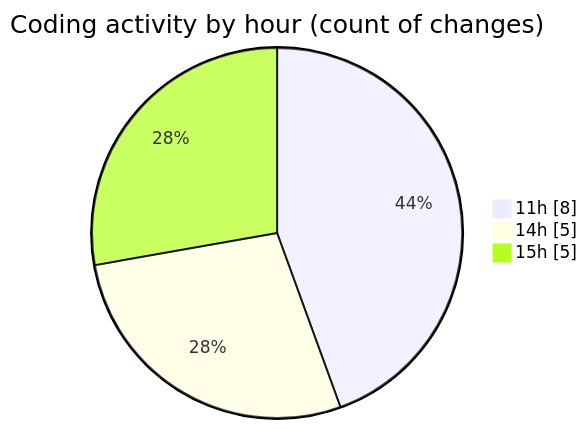
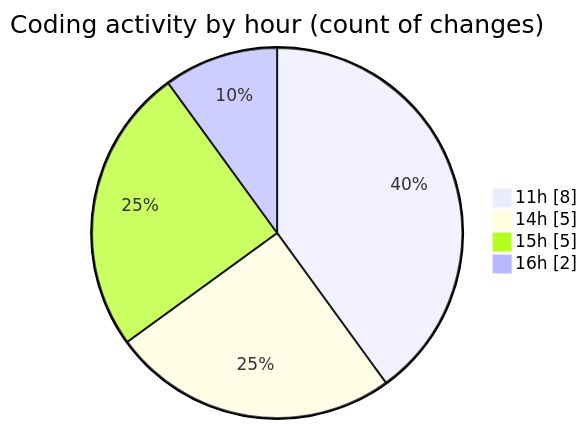
The second of 2 diagrams in 2026-07-28/untitled__workspace_/README.md (debugP/code-tracking), drawn with Mermaid before and after one commit. The commit also changed other lines of this file and 1 other file, not shown here.

````diff
--- a/2026-07-28/untitled__workspace_/README.md
+++ b/2026-07-28/untitled__workspace_/README.md
@@ -31,7 +31,8 @@
 ```mermaid
 pie showData
 title Coding activity by hour (count of changes)
 "11h" : 8
 "14h" : 5
 "15h" : 5
+"16h" : 2
 ```
````
